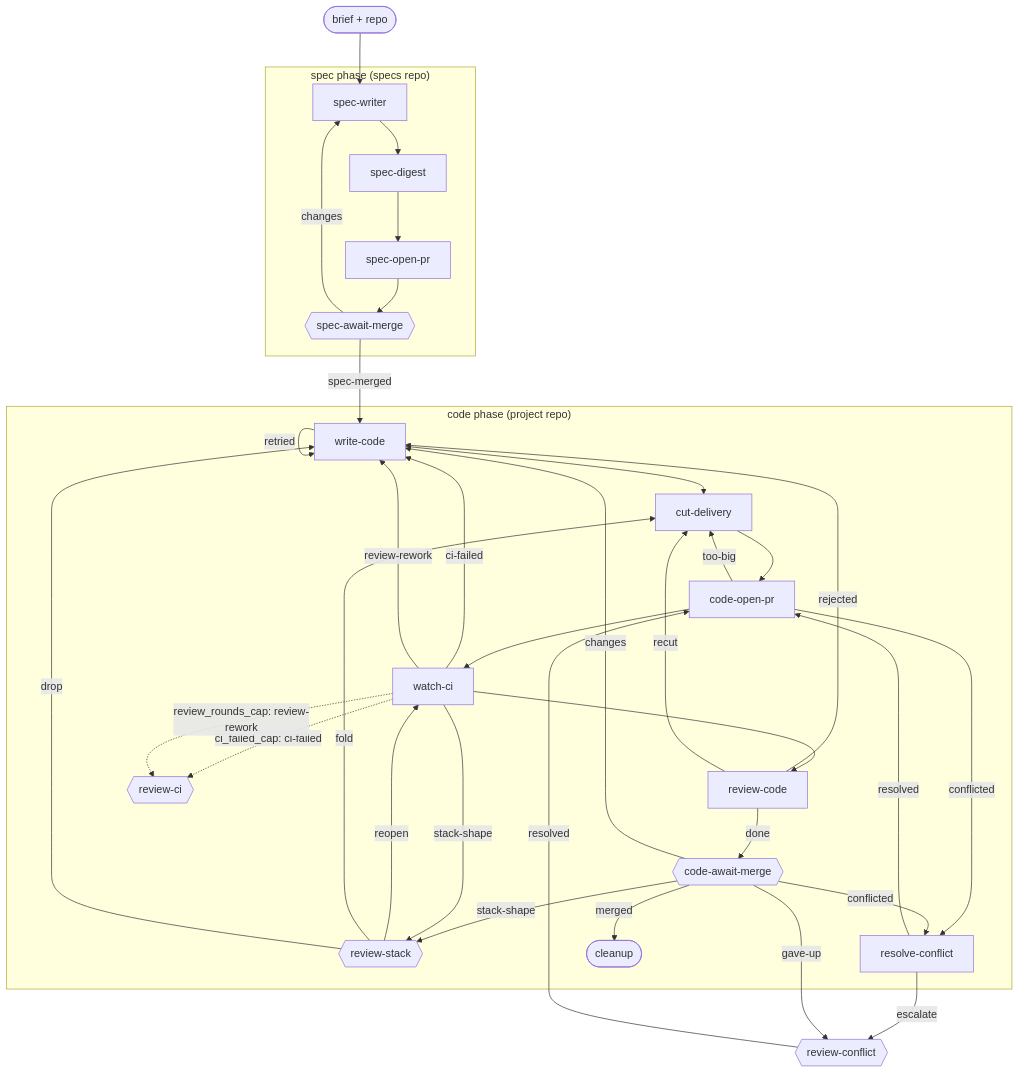
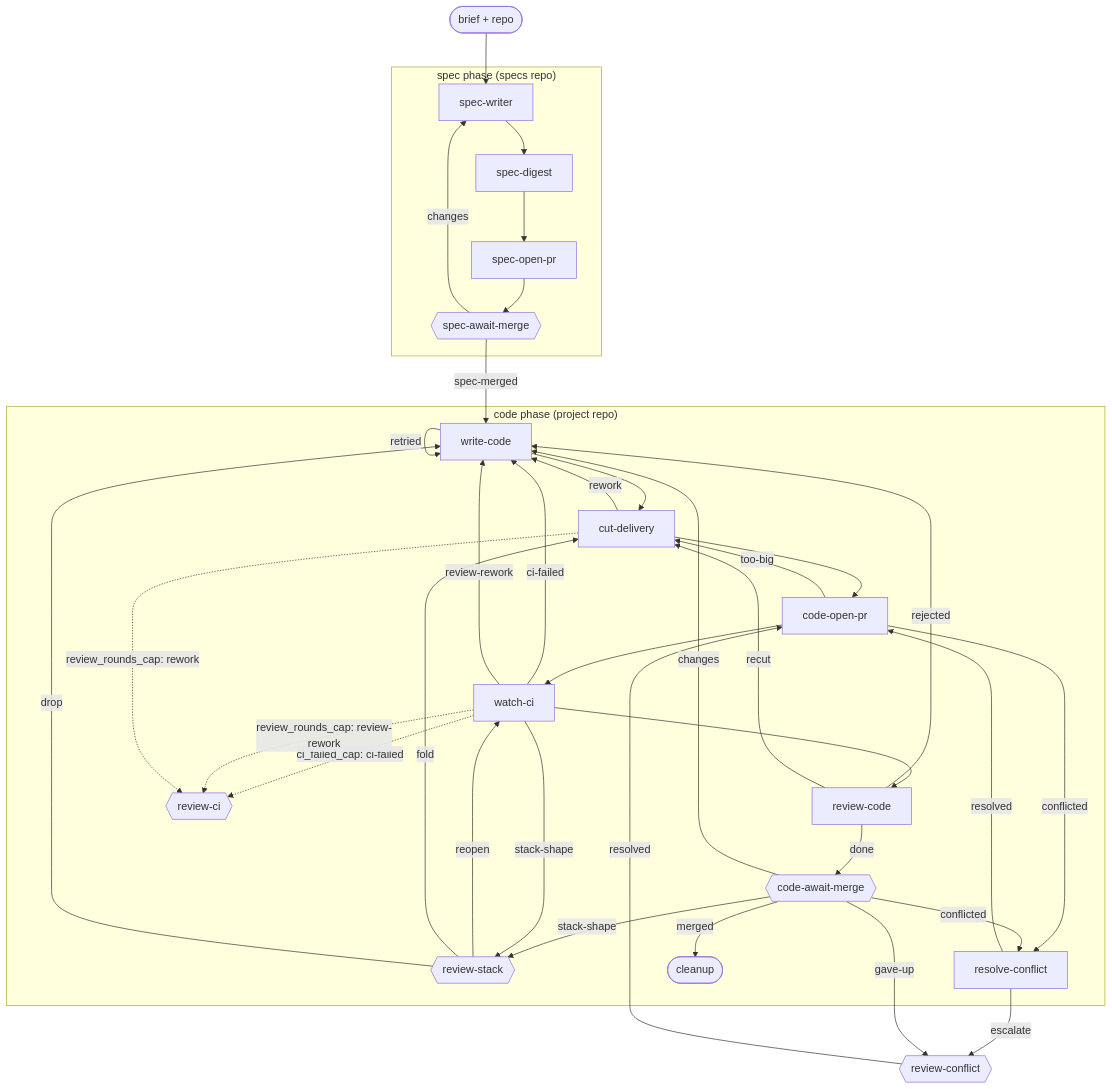
Before and after one commit to kenmclennan/lightcycle-workflows: the diagram in docs/spec-driven.md, drawn with Mermaid. The commit also changed other lines of this file and 5 other files, not shown here.

````diff
--- a/docs/spec-driven.md
+++ b/docs/spec-driven.md
@@ -15,34 +15,36 @@
 ```mermaid
 flowchart TD
     brief(["brief + repo"]) --> SW["spec-writer"]
     subgraph S ["spec phase (specs repo)"]
         SW --> SD["spec-digest"] --> SOP["spec-open-pr"] --> SAM{{"spec-await-merge"}}
         SAM -->|changes| SW
     end
     SAM -->|spec-merged| WC["write-code"]
     subgraph C ["code phase (project repo)"]
         WC --> CD["cut-delivery"] --> COP["code-open-pr"] --> WCI["watch-ci"] --> RC["review-code"]
         WCI -->|ci-failed| WC
         WCI -->|review-rework| WC
         WCI -.->|"ci_failed_cap: ci-failed"| RCI{{"review-ci"}}
         WCI -.->|"review_rounds_cap: review-rework"| RCI
+        CD -->|rework| WC
+        CD -.->|"review_rounds_cap: rework"| RCI
         RC -->|rejected| WC
         RC -->|done| CAM{{"code-await-merge"}}
         CAM -->|changes| WC
         WC -->|retried| WC
         RC -->|recut| CD
         CAM -->|stack-shape| RS{{"review-stack"}}
         WCI -->|stack-shape| RS
         RS -->|reopen| WCI
         RS -->|fold| CD
         RS -->|drop| WC
         COP -->|conflicted| RCF["resolve-conflict"]
         COP -->|too-big| CD
         CAM -->|conflicted| RCF
         RCF -->|resolved| COP
         CAM -->|merged| CU(["cleanup"])
     end
     RCF -->|escalate| RCON{{"review-conflict"}}
     CAM -->|gave-up| RCON
     RCON -->|resolved| COP
 ```
````
